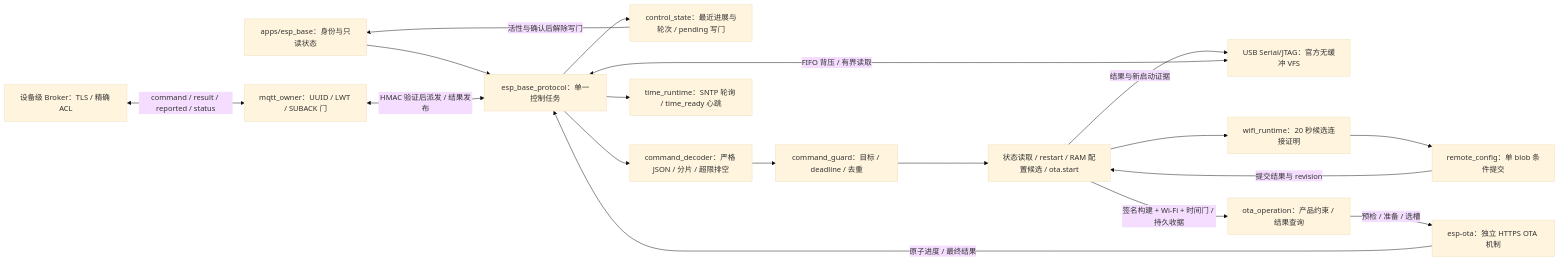
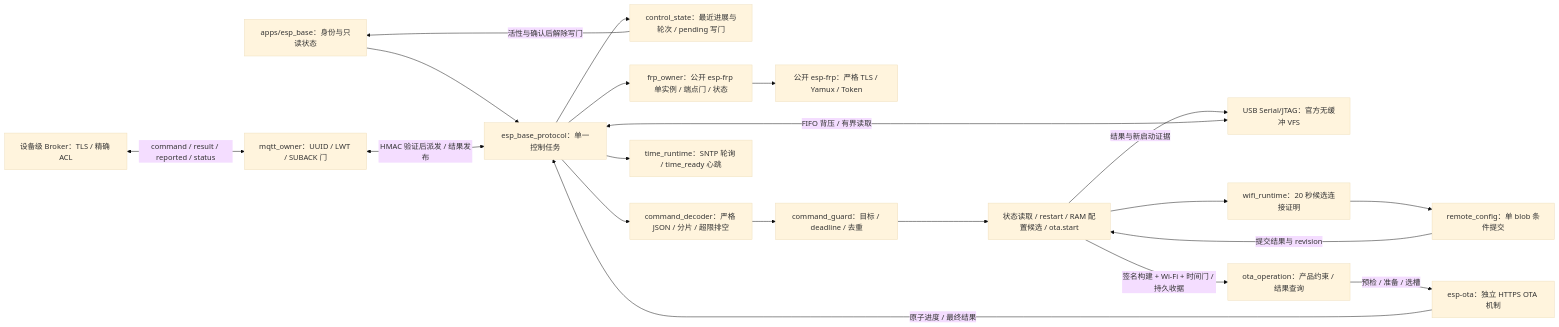
One commit to darren-you/esp-base changed the diagram in firmware/components/device_protocol/README.md. Above: the diagram before and after it, drawn with Mermaid (base theme). The commit also changed other lines of this file and 31 other files, not shown here.

````diff
--- a/firmware/components/device_protocol/README.md
+++ b/firmware/components/device_protocol/README.md
@@ -7,20 +7,22 @@
 ```mermaid
 flowchart LR
     app["apps/esp_base：身份与只读状态"] --> owner["esp_base_protocol：单一控制任务"]
     owner --> state["control_state：最近进展与轮次 / pending 写门"]
     state -->|"活性与确认后解除写门"| app
     usb["USB Serial/JTAG：官方无缓冲 VFS"] <-->|"FIFO 背压 / 有界读取"| owner
     broker["设备级 Broker：TLS / 精确 ACL"] <-->|"command / result / reported / status"| mqtt["mqtt_owner：UUID / LWT / SUBACK 门"]
     mqtt <-->|"HMAC 验证后派发 / 结果发布"| owner
+    owner --> frp_owner["frp_owner：公开 esp-frp 单实例 / 端点门 / 状态"]
+    frp_owner --> frp["公开 esp-frp：严格 TLS / Yamux / Token"]
     owner --> parser["command_decoder：严格 JSON / 分片 / 超限排空"]
     parser --> guard["command_guard：目标 / deadline / 去重"]
     guard --> action["状态读取 / restart / RAM 配置候选 / ota.start"]
     action --> wifi["wifi_runtime：20 秒候选连接证明"]
     owner --> time["time_runtime：SNTP 轮询 / time_ready 心跳"]
     action -->|"签名构建 + Wi-Fi + 时间门 / 持久收据"| receipt["ota_operation：产品约束 / 结果查询"]
     receipt -->|"预检 / 准备 / 选槽"| ota["esp-ota：独立 HTTPS OTA 机制"]
     ota -->|"原子进度 / 最终结果"| owner
     wifi --> store["remote_config：单 blob 条件提交"]
     store -->|"提交结果与 revision"| action
     action -->|"结果与新启动证据"| usb
 ```
````
